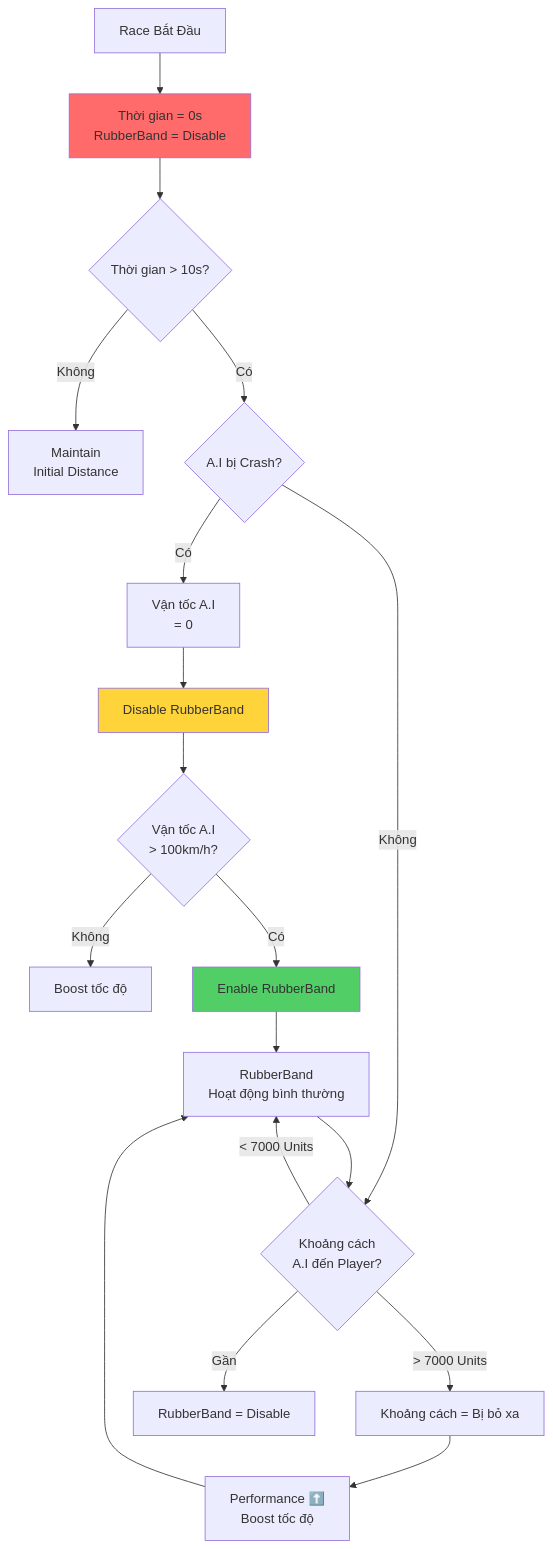
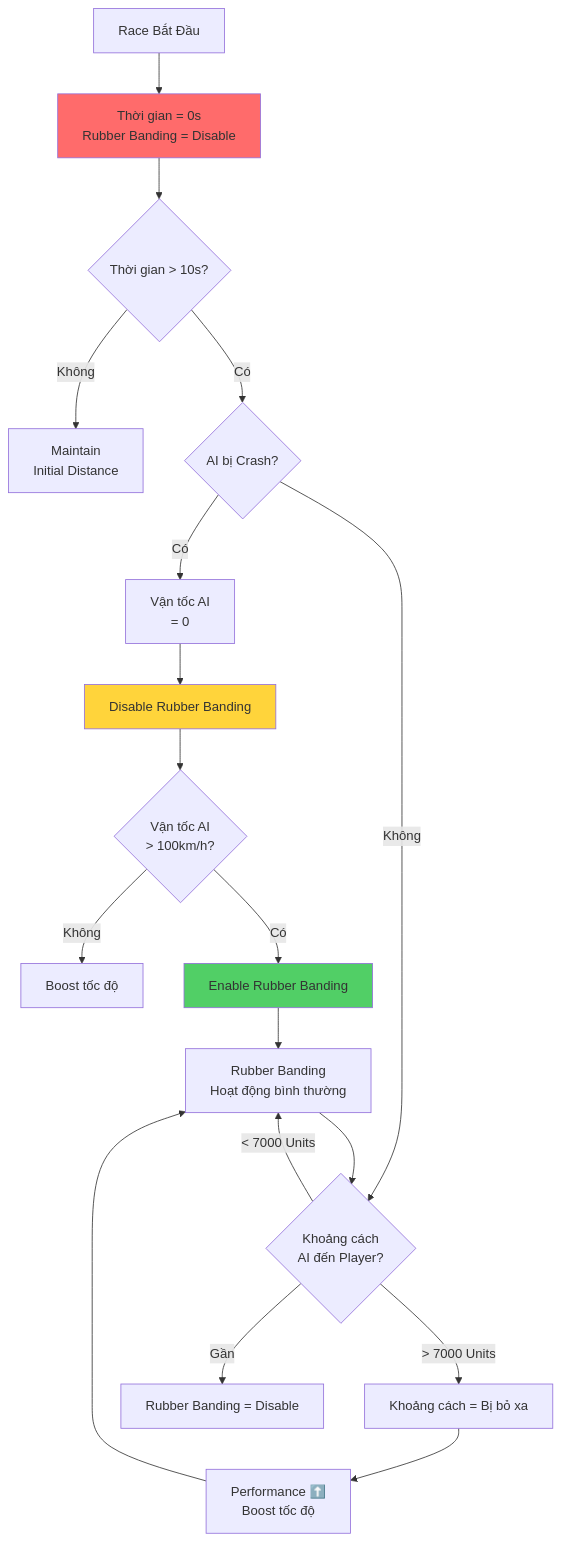
Before and after one commit to Click-Game-Studio/VNRacing: the fourth of 4 diagrams in Docs/features/racer-ai/requirements/Racer_AI_V5.md, drawn with Mermaid. The commit also changed other lines of this file and 91 other files, not shown here.

````diff
--- a/Docs/features/racer-ai/requirements/Racer_AI_V5.md
+++ b/Docs/features/racer-ai/requirements/Racer_AI_V5.md
@@ -348,30 +395,30 @@
 ```mermaid
 flowchart TD
-    A["Race Bắt Đầu"] --> B["Thời gian = 0s<br/>RubberBand = Disable"]
-    
+    A["Race Bắt Đầu"] --> B["Thời gian = 0s<br/>Rubber Banding = Disable"]
+
     B --> C{Thời gian > 10s?}
     C -->|Không| D["Maintain<br/>Initial Distance"]
-    C -->|Có| E{A.I bị Crash?}
-    
-    E -->|Có| F["Vận tốc A.I<br/>= 0"]
-    F --> G["Disable RubberBand"]
-    G --> H{Vận tốc A.I<br/>> 100km/h?}
+    C -->|Có| E{AI bị Crash?}
+
+    E -->|Có| F["Vận tốc AI<br/>= 0"]
+    F --> G["Disable Rubber Banding"]
+    G --> H{Vận tốc AI<br/>> 100km/h?}
     H -->|Không| I["Boost tốc độ"]
-    H -->|Có| J["Enable RubberBand"]
-    
-    E -->|Không| K{Khoảng cách<br/>A.I đến Player?}
+    H -->|Có| J["Enable Rubber Banding"]
+
+    E -->|Không| K{Khoảng cách<br/>AI đến Player?}
     K -->|> 7000 Units| L["Khoảng cách = Bị bỏ xa"]
     L --> M["Performance ⬆️<br/>Boost tốc độ"]
-    
-    K -->|< 7000 Units| N["RubberBand<br/>Hoạt động bình thường"]
-    
-    K -->|Gần| O["RubberBand = Disable"]
-    
+
+    K -->|< 7000 Units| N["Rubber Banding<br/>Hoạt động bình thường"]
+
+    K -->|Gần| O["Rubber Banding = Disable"]
+
     J --> N
     M --> N
     N --> K
-    
+
     style B fill:#ff6b6b
     style J fill:#51cf66
     style G fill:#ffd43b
 ```
````
